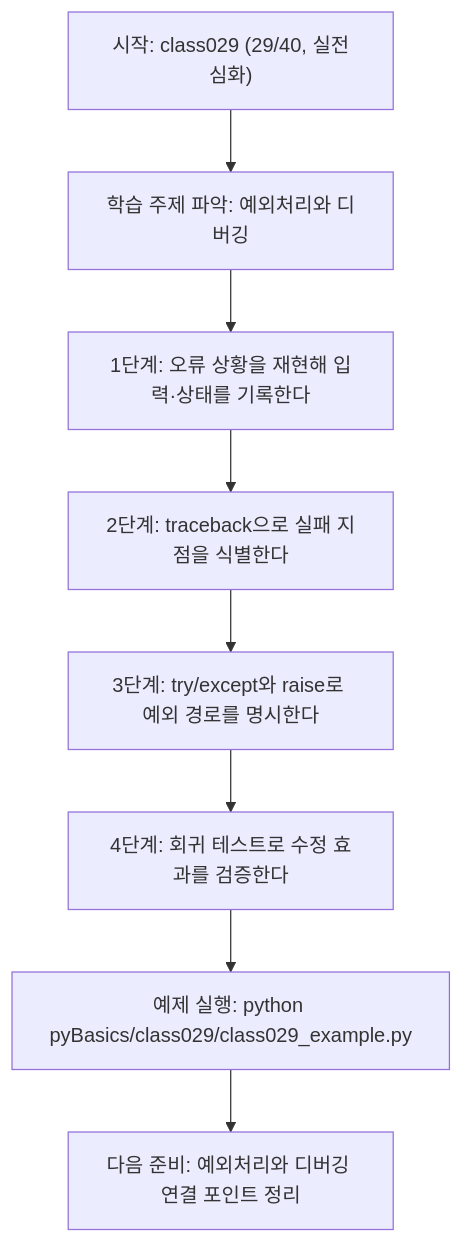
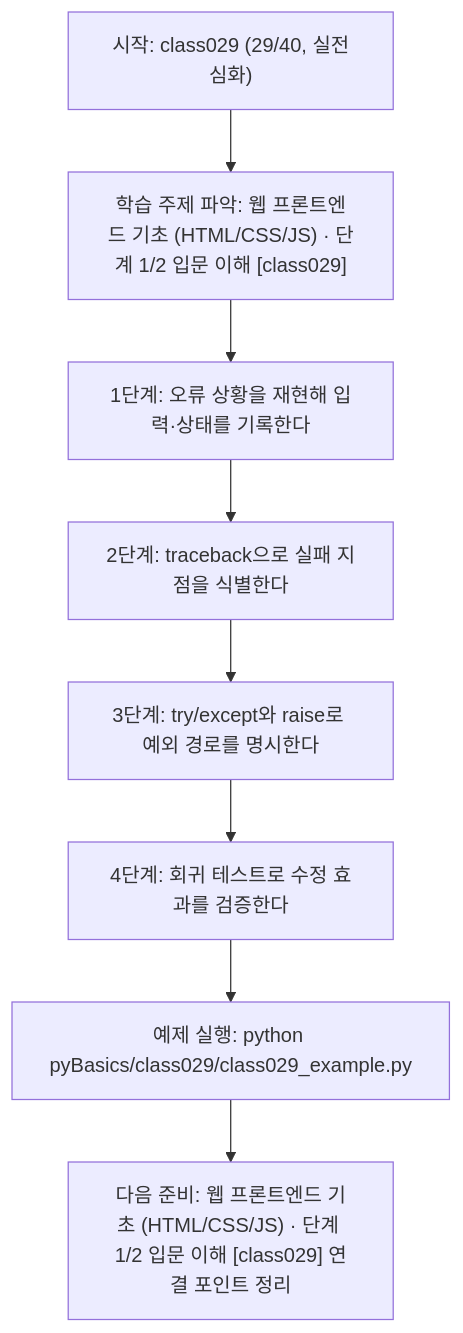
One commit to edumgt/Python-AI_Agent-Class changed the diagram in pyBasics/class029/class029.md. Above: the diagram before and after it, drawn with Mermaid. The commit also changed other lines of this file and 522 other files, not shown here.

````diff
--- a/pyBasics/class029/class029.md
+++ b/pyBasics/class029/class029.md
@@ -108,18 +108,18 @@
 ```mermaid
 flowchart TD
 N1["시작: class029 (29/40, 실전심화)"]
-N2["학습 주제 파악: 예외처리와 디버깅"]
+N2["학습 주제 파악: 웹 프론트엔드 기초 (HTML/CSS/JS) · 단계 1/2 입문 이해 [class029]"]
 N3["1단계: 오류 상황을 재현해 입력·상태를 기록한다"]
 N4["2단계: traceback으로 실패 지점을 식별한다"]
 N5["3단계: try/except와 raise로 예외 경로를 명시한다"]
 N6["4단계: 회귀 테스트로 수정 효과를 검증한다"]
 N7["예제 실행: python pyBasics/class029/class029_example.py"]
-N8["다음 준비: 예외처리와 디버깅 연결 포인트 정리"]
+N8["다음 준비: 웹 프론트엔드 기초 (HTML/CSS/JS) · 단계 1/2 입문 이해 [class029] 연결 포인트 정리"]
 N1 --> N2
 N2 --> N3
 N3 --> N4
 N4 --> N5
 N5 --> N6
 N6 --> N7
 N7 --> N8
 ```
````
